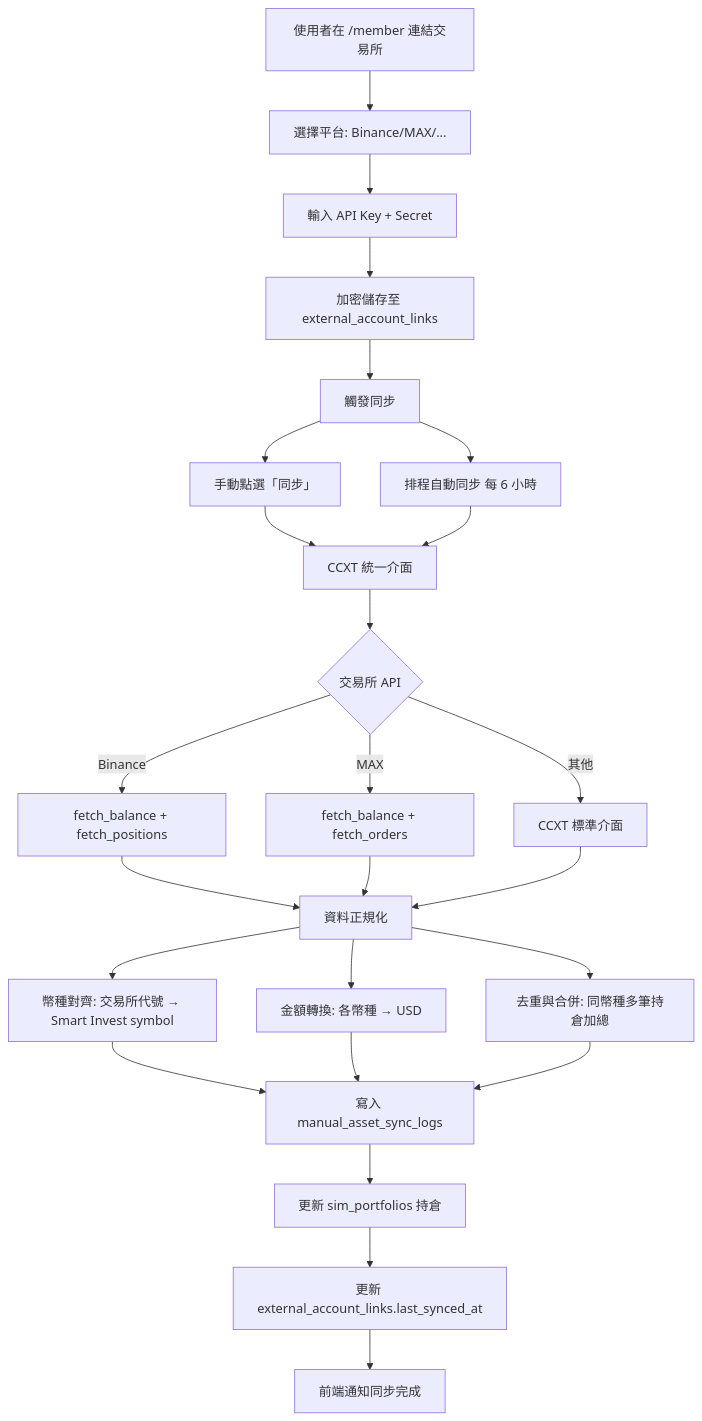
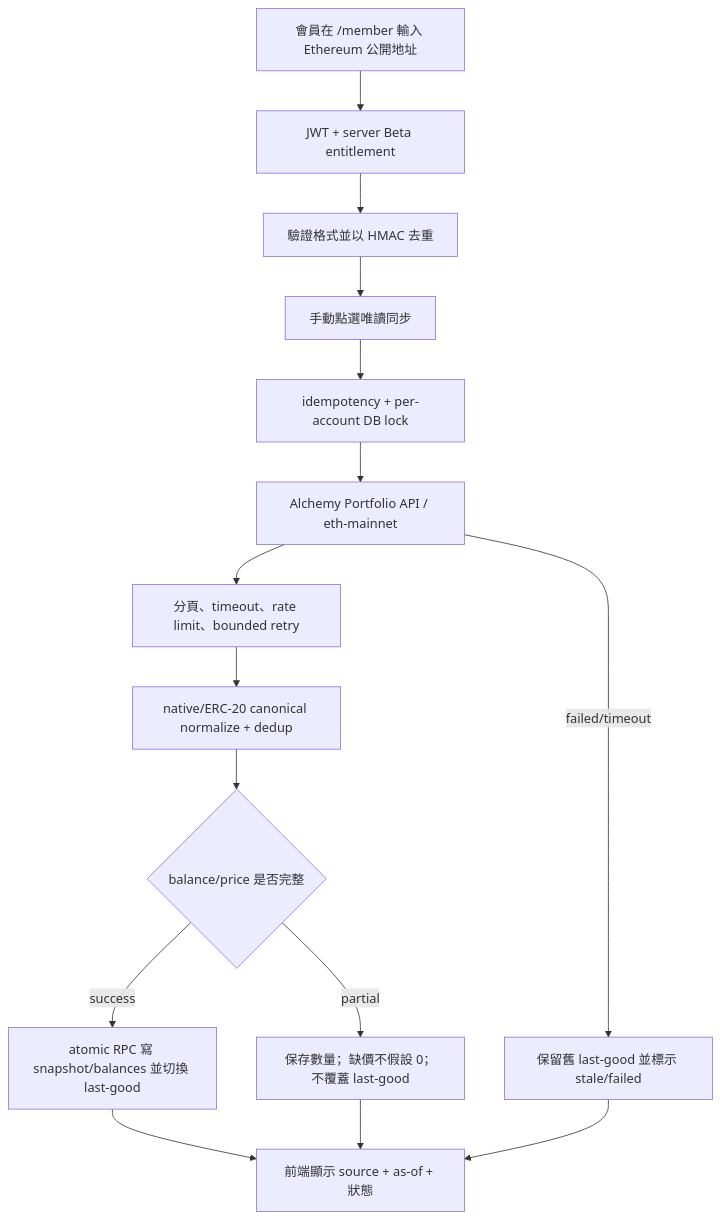
Before and after one commit to ziii-11246083/cip: the eighth of 10 diagrams in docs/13-系統流程總覽.md, drawn with Mermaid. The commit also changed other lines of this file and 66 other files, not shown here.

````diff
--- a/docs/13-系統流程總覽.md
+++ b/docs/13-系統流程總覽.md
@@ -252,27 +252,15 @@
 ```mermaid
 flowchart TD
-    A[使用者在 /member 連結交易所] --> B[選擇平台: Binance/MAX/...]
-    B --> C[輸入 API Key + Secret]
-    C --> D[加密儲存至 external_account_links]
-    
-    D --> E[觸發同步]
-    E --> E1[手動點選「同步」]
-    E --> E2[排程自動同步 每 6 小時]
-    
-    E1 & E2 --> F[CCXT 統一介面]
-    F --> G{交易所 API}
-    
-    G -->|Binance| H1[fetch_balance + fetch_positions]
-    G -->|MAX| H2[fetch_balance + fetch_orders]
-    G -->|其他| H3[CCXT 標準介面]
-    
-    H1 & H2 & H3 --> I[資料正規化]
-    I --> I1[幣種對齊: 交易所代號 → Smart Invest symbol]
-    I --> I2[金額轉換: 各幣種 → USD]
-    I --> I3[去重與合併: 同幣種多筆持倉加總]
-    
-    I1 & I2 & I3 --> J[寫入 manual_asset_sync_logs]
-    J --> K[更新 sim_portfolios 持倉]
-    K --> L[更新 external_account_links.last_synced_at]
-    L --> M[前端通知同步完成]
+    A[會員在 /member 輸入 Ethereum 公開地址] --> B[JWT + server Beta entitlement]
+    B --> C[驗證格式並以 HMAC 去重]
+    C --> D[手動點選唯讀同步]
+    D --> E[idempotency + per-account DB lock]
+    E --> F[Alchemy Portfolio API / eth-mainnet]
+    F --> G[分頁、timeout、rate limit、bounded retry]
+    G --> H[native/ERC-20 canonical normalize + dedup]
+    H --> I{balance/price 是否完整}
+    I -->|success| J[atomic RPC 寫 snapshot/balances 並切換 last-good]
+    I -->|partial| K[保存數量；缺價不假設 0；不覆蓋 last-good]
+    F -->|failed/timeout| L[保留舊 last-good 並標示 stale/failed]
+    J & K & L --> M[前端顯示 source + as-of + 狀態]
 ```
````
